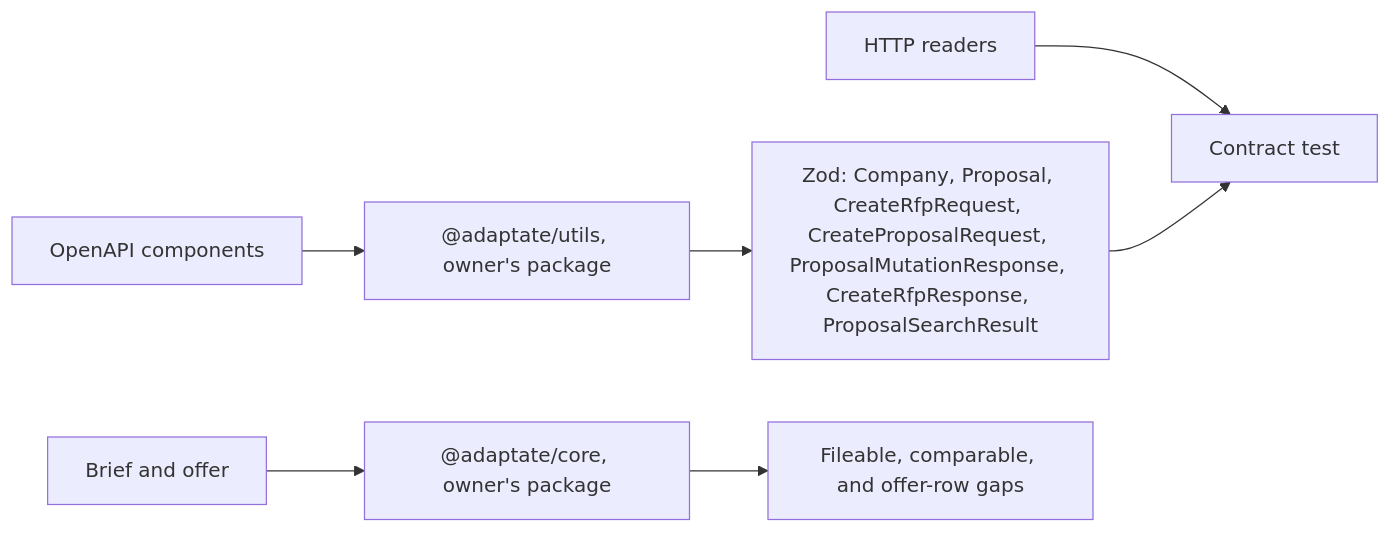
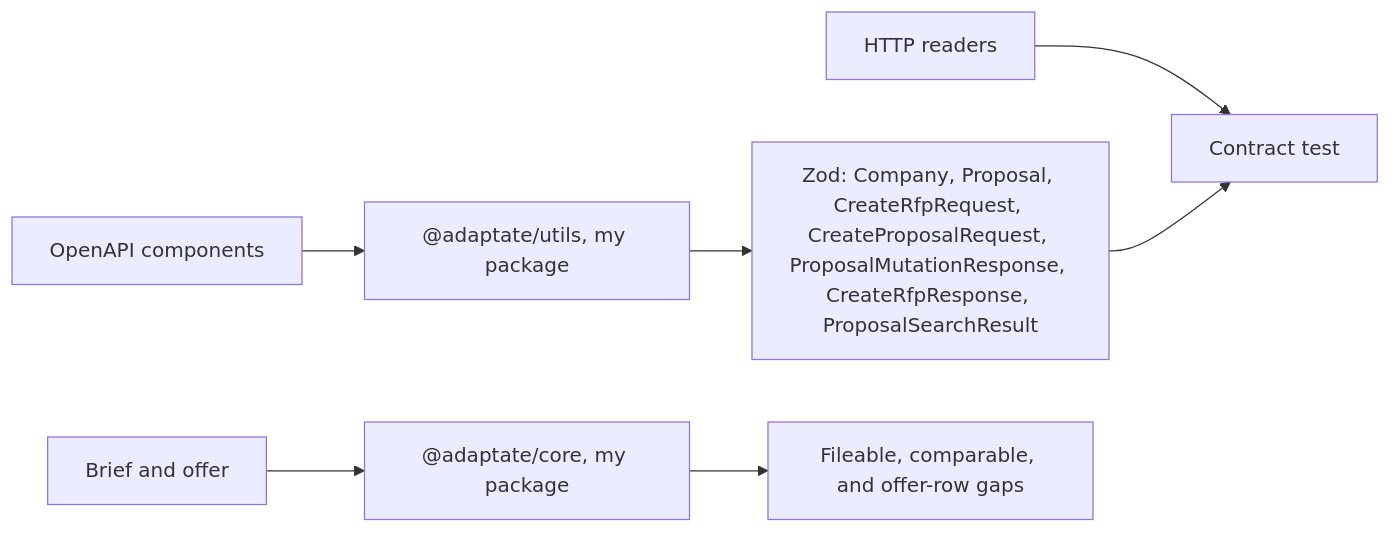
The diagram in docs/ARCHITECTURE.md (p10ns11y/proposales-planner-bench), drawn with Mermaid before and after one commit. The commit also changed 4 other files, not shown here.

````diff
--- a/docs/ARCHITECTURE.md
+++ b/docs/ARCHITECTURE.md
@@ -11,9 +11,9 @@
 ```mermaid
 flowchart LR
-  spec["OpenAPI components"] --> utils["@adaptate/utils, owner's package"]
+  spec["OpenAPI components"] --> utils["@adaptate/utils, my package"]
   utils --> zod["Zod: Company, Proposal, CreateRfpRequest, CreateProposalRequest, ProposalMutationResponse, CreateRfpResponse, ProposalSearchResult"]
   readers["HTTP readers"] --> test["Contract test"]
   zod --> test
-  brief["Brief and offer"] --> core["@adaptate/core, owner's package"]
+  brief["Brief and offer"] --> core["@adaptate/core, my package"]
   core --> gaps["Fileable, comparable, and offer-row gaps"]
 ```
````
